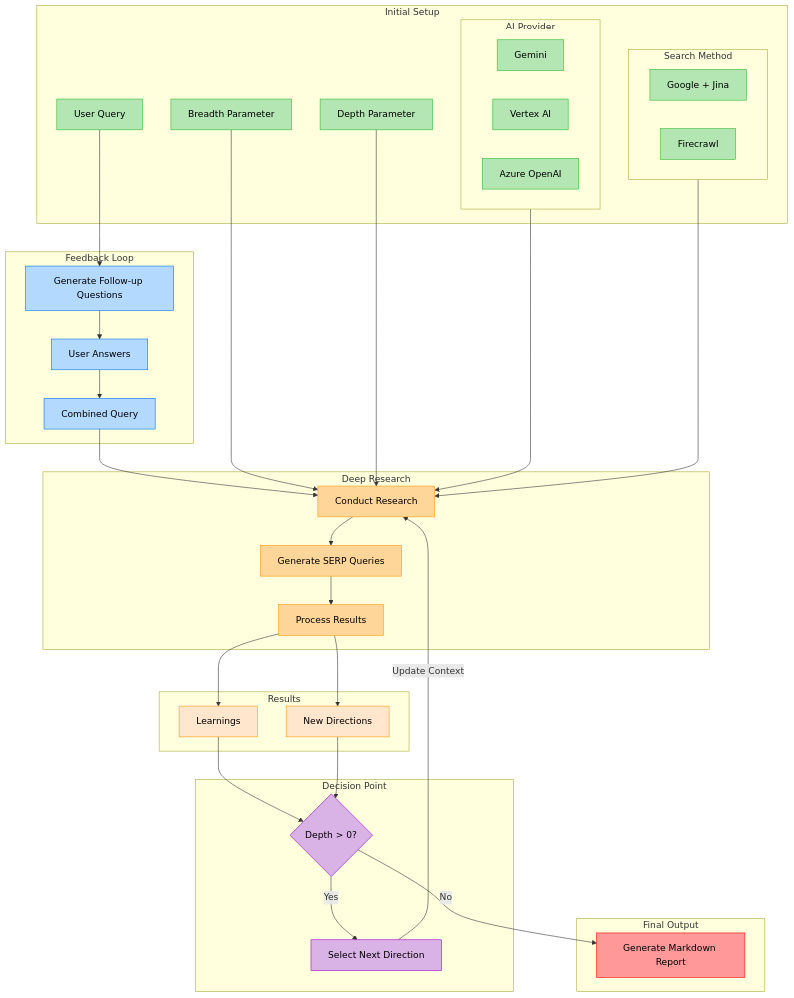
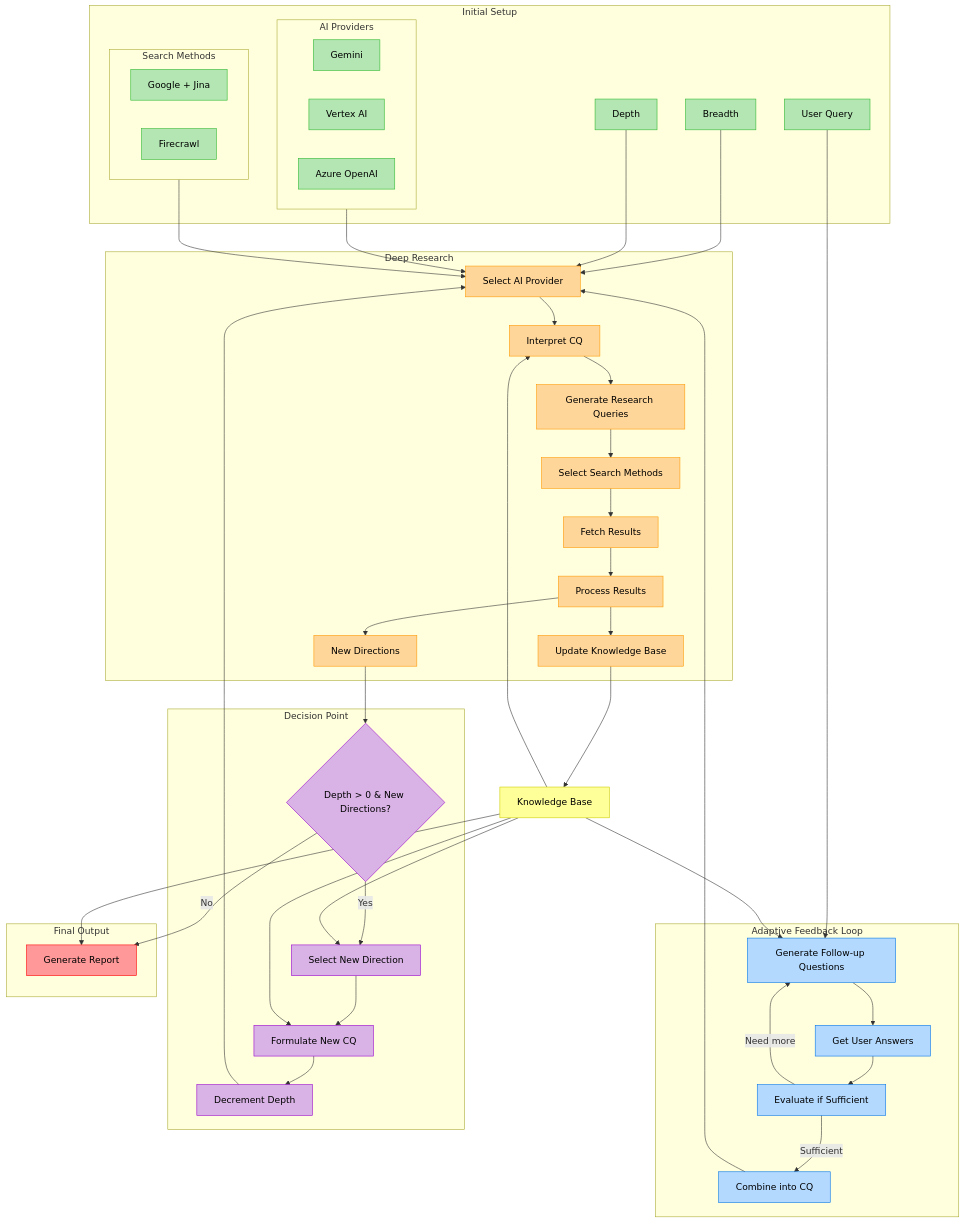
One commit to ytthuan/deep-research changed the second of 2 diagrams in README.md. Above: the diagram before and after it, drawn with Mermaid.

````diff
--- a/README.md
+++ b/README.md
@@ -118,75 +118,83 @@
 ```mermaid
 flowchart TB
+    KB[Knowledge Base]
+
     subgraph Input[Initial Setup]
         Q[User Query]
-        B[Breadth Parameter]
-        D[Depth Parameter]
-        subgraph AI[AI Provider]
+        B[Breadth]
+        D[Depth]
+        subgraph AI[AI Providers]
             G[Gemini]
             V[Vertex AI]
             A[Azure OpenAI]
         end
-        subgraph Search[Search Method]
+        subgraph Search[Search Methods]
             GS[Google + Jina]
             FC[Firecrawl]
         end
     end
 
-    subgraph Feedback[Feedback Loop]
-        FQ[Generate Follow-up Questions]
-        UA[User Answers]
-        CQ[Combined Query]
+    subgraph Feedback[Adaptive Feedback Loop]
+        generateFQ[Generate Follow-up Questions]
+        getUA[Get User Answers]
+        evaluateAnswers[Evaluate if Sufficient]
+        combineQuery[Combine into CQ]
     end
 
     subgraph Research[Deep Research]
-        DR[Conduct Research]
-        SQ[Generate SERP Queries]
-        PR[Process Results]
-    end
-
-    subgraph Results[Results]
-        NL[Learnings]
-        ND[New Directions]
+        selectAI[Select AI Provider]
+        interpretQuery[Interpret CQ]
+        generateQueries[Generate Research Queries]
+        selectSearch[Select Search Methods]
+        fetchResults[Fetch Results]
+        processResults[Process Results]
+        updateKB[Update Knowledge Base]
+        newDirections[New Directions]
     end
 
     subgraph Decision[Decision Point]
-        DP{Depth > 0?}
-        RD[Select Next Direction]
+        checkDepth{Depth > 0 & New Directions?}
+        selectDirection[Select New Direction]
+        formulateQuery[Formulate New CQ]
+        decrementDepth[Decrement Depth]
     end
 
     subgraph Output[Final Output]
-        MR[Generate Markdown Report]
+        generateReport[Generate Report]
     end
 
-    %% Main Flow
-    Q --> FQ
-    FQ --> UA
-    UA --> CQ
-    CQ & B & D & AI & Search --> DR
-    DR --> SQ
-    SQ --> PR
-    PR --> NL
-    PR --> ND
+    %% Connections
+    Q & KB --> generateFQ
+    generateFQ --> getUA --> evaluateAnswers
+    evaluateAnswers -->|Need more| generateFQ
+    evaluateAnswers -->|Sufficient| combineQuery
+    combineQuery & B & D & AI & Search --> selectAI
+    selectAI --> interpretQuery
+    KB --> interpretQuery
+    interpretQuery --> generateQueries --> selectSearch --> fetchResults --> processResults
+    processResults --> updateKB --> KB
+    processResults --> newDirections
+    newDirections --> checkDepth
+    checkDepth -->|Yes| selectDirection
+    KB --> selectDirection
+    selectDirection --> formulateQuery
+    KB --> formulateQuery
+    formulateQuery --> decrementDepth --> selectAI
+    checkDepth -->|No| generateReport
+    KB --> generateReport
 
-    %% Decision and Recursion
-    NL & ND --> DP
-    DP -->|Yes| RD
-    RD -->|Update Context| DR
-    DP -->|No| MR
-
-    %% Define Color Classes
+    %% Styling
     classDef green fill:#b3e6b3,stroke:#2eb82e,color:#000;
     classDef blue fill:#b3d9ff,stroke:#0073e6,color:#000;
     classDef orange fill:#ffd699,stroke:#ff9900,color:#000;
-    classDef results fill:#ffe6cc,stroke:#ff9900,color:#000;
     classDef purple fill:#d9b3e6,stroke:#9900cc,color:#000;
     classDef red fill:#ff9999,stroke:#ff0000,color:#000;
+    classDef yellow fill:#ffff99,stroke:#cccc00,color:#000;
 
-    %% Assign Classes to Nodes
+    class KB yellow;
     class Q,B,D,G,V,A,GS,FC green;
-    class FQ,UA,CQ blue;
-    class DR,SQ,PR orange;
-    class NL,ND results;
-    class DP,RD purple;
-    class MR red;
+    class generateFQ,getUA,evaluateAnswers,combineQuery blue;
+    class selectAI,interpretQuery,generateQueries,selectSearch,fetchResults,processResults,updateKB,newDirections orange;
+    class checkDepth,selectDirection,formulateQuery,decrementDepth purple;
+    class generateReport red;
 ```
````
